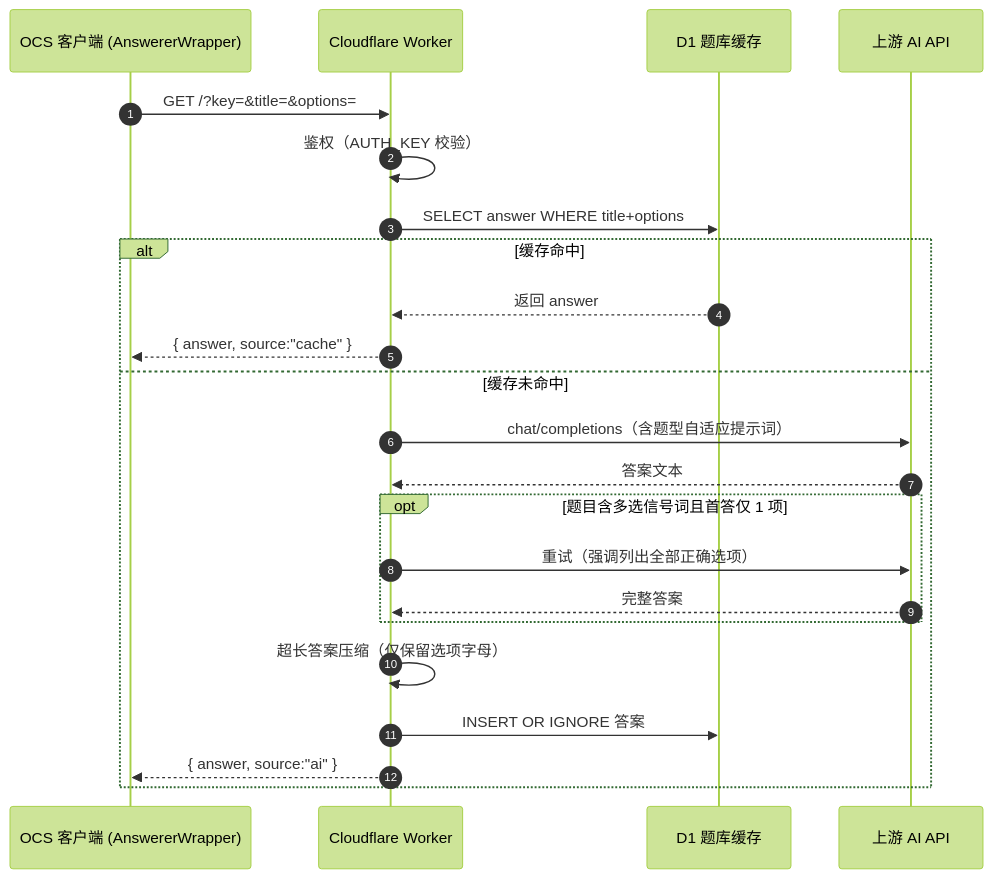
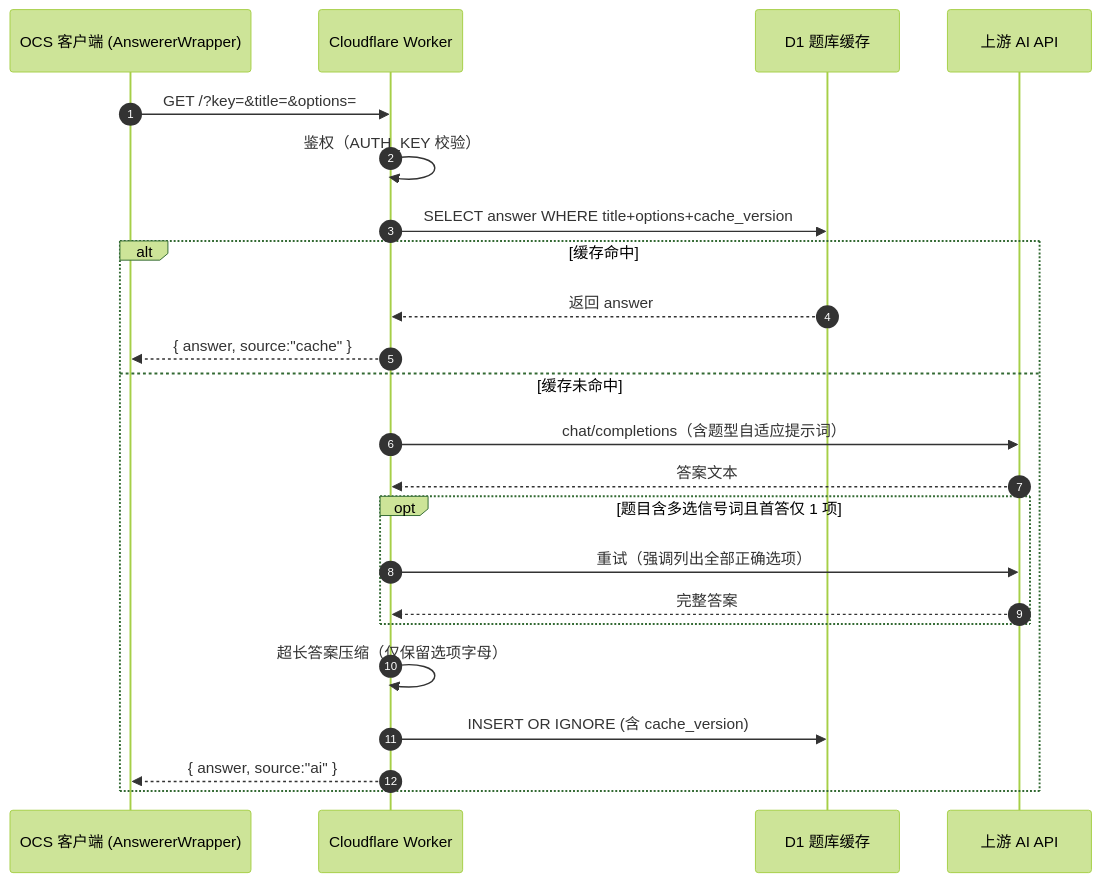
The diagram in README.md (poying2018/ocs-answer-bridge), drawn with Mermaid (forest theme) before and after one commit. The commit also changed other lines of this file and 4 other files, not shown here.

First line of the commit message:
fix: schema 唯一约束含 cache_version + ALTER 迁移 + bump CACHE_VERSION=2

````diff
--- a/README.md
+++ b/README.md
@@ -41,26 +41,26 @@
 ```mermaid
 sequenceDiagram
     autonumber
     participant OCS as OCS 客户端 (AnswererWrapper)
     participant W as Cloudflare Worker
     participant D1 as D1 题库缓存
     participant AI as 上游 AI API
 
     OCS->>W: GET /?key=&title=&options=
     W->>W: 鉴权（AUTH_KEY 校验）
-    W->>D1: SELECT answer WHERE title+options
+    W->>D1: SELECT answer WHERE title+options+cache_version
     alt 缓存命中
         D1-->>W: 返回 answer
         W-->>OCS: { answer, source:"cache" }
     else 缓存未命中
         W->>AI: chat/completions（含题型自适应提示词）
         AI-->>W: 答案文本
         opt 题目含多选信号词且首答仅 1 项
             W->>AI: 重试（强调列出全部正确选项）
             AI-->>W: 完整答案
         end
         W->>W: 超长答案压缩（仅保留选项字母）
-        W->>D1: INSERT OR IGNORE 答案
+        W->>D1: INSERT OR IGNORE (含 cache_version)
         W-->>OCS: { answer, source:"ai" }
     end
 ```
````
